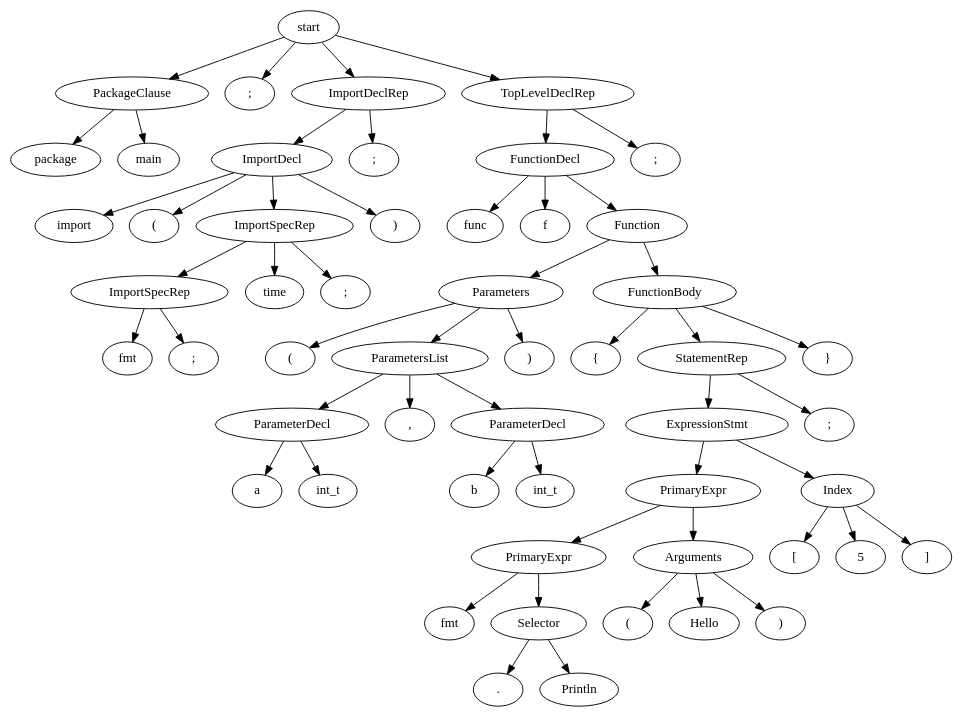
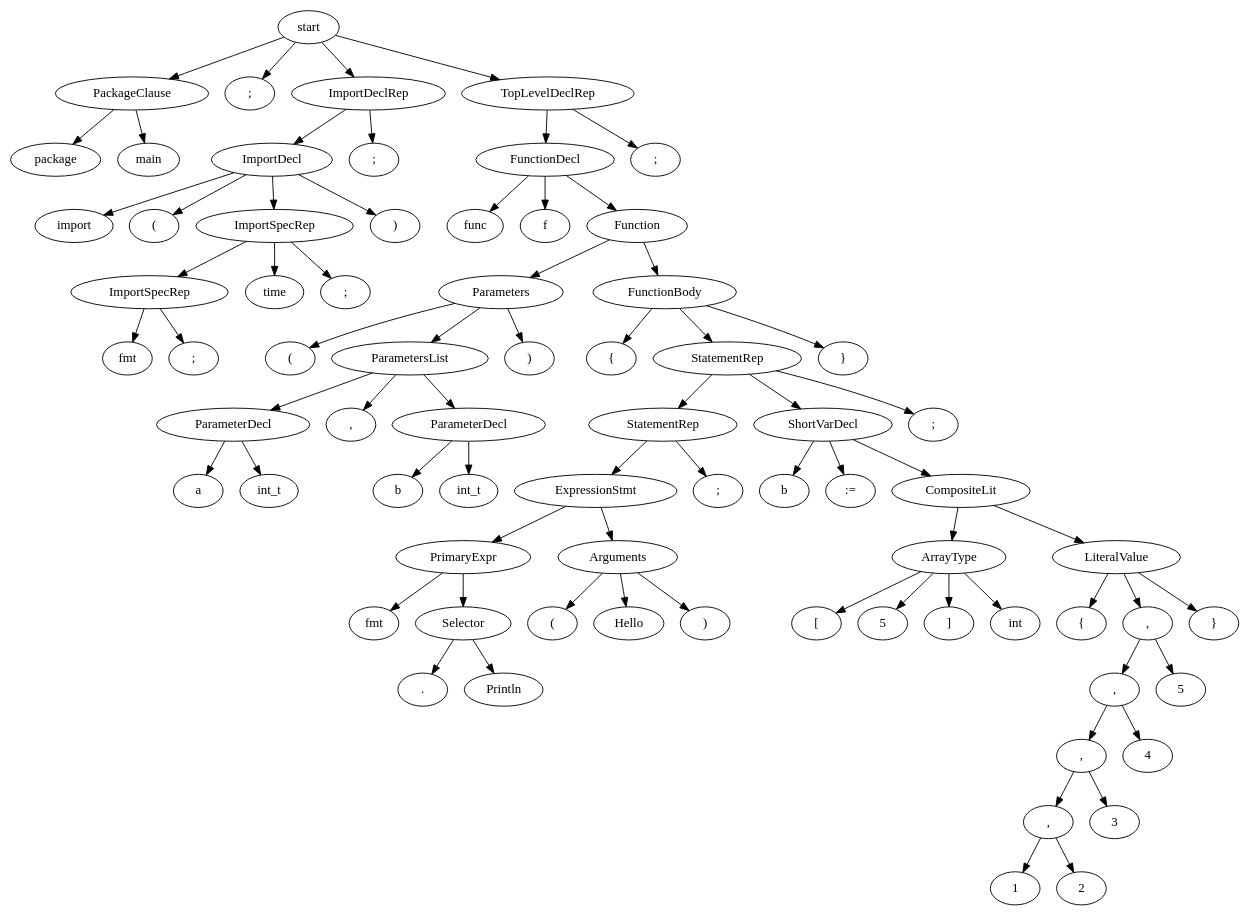
Before and after one commit to SahilDhull/ssac: the diagram in src/t2.dot, drawn with Graphviz. The commit also changed 32 other files, not shown here.

```diff
--- a/src/t2.dot
+++ b/src/t2.dot
@@ -1,109 +1,145 @@
 digraph G{
 1 [label="start"]
 2 [label=" PackageClause" ] ;
 1->2;
 3 [label="package" ] ;
 2->3;
 4 [label="main" ] ;
 2->4;
 6 [label=";" ] ;
 1->6;
 7 [label=" ImportDeclRep" ] ;
 1->7;
 8 [label=" ImportDecl" ] ;
 7->8;
 9 [label="import" ] ;
 8->9;
 10 [label="(" ] ;
 8->10;
 11 [label=" ImportSpecRep" ] ;
 8->11;
 12 [label=" ImportSpecRep" ] ;
 11->12;
 13 [label="fmt" ] ;
 12->13;
 14 [label=";" ] ;
 12->14;
 16 [label="time" ] ;
 11->16;
 17 [label=";" ] ;
 11->17;
 19 [label=")" ] ;
 8->19;
 21 [label=";" ] ;
 7->21;
 23 [label=" TopLevelDeclRep" ] ;
 1->23;
 24 [label=" FunctionDecl" ] ;
 23->24;
 25 [label="func" ] ;
 24->25;
 26 [label="f" ] ;
 24->26;
 27 [label=" Function" ] ;
 24->27;
 28 [label=" Parameters" ] ;
 27->28;
 29 [label="(" ] ;
 28->29;
 30 [label=" ParametersList" ] ;
 28->30;
 31 [label=" ParameterDecl" ] ;
 30->31;
 32 [label="a" ] ;
 31->32;
 33 [label="int_t" ] ;
 31->33;
 35 [label="," ] ;
 30->35;
 36 [label=" ParameterDecl" ] ;
 30->36;
 37 [label="b" ] ;
 36->37;
 38 [label="int_t" ] ;
 36->38;
 41 [label=")" ] ;
 28->41;
 43 [label=" FunctionBody" ] ;
 27->43;
 44 [label="{" ] ;
 43->44;
 45 [label=" StatementRep" ] ;
 43->45;
-46 [label=" ExpressionStmt" ] ;
+46 [label=" StatementRep" ] ;
 45->46;
-47 [label=" PrimaryExpr" ] ;
+47 [label=" ExpressionStmt" ] ;
 46->47;
 48 [label=" PrimaryExpr" ] ;
 47->48;
 49 [label="fmt" ] ;
 48->49;
 50 [label=" Selector" ] ;
 48->50;
 51 [label="." ] ;
 50->51;
 52 [label="Println" ] ;
 50->52;
 55 [label=" Arguments" ] ;
 47->55;
 56 [label="(" ] ;
 55->56;
 57 [label=" Hello" ] ;
 55->57;
 59 [label=")" ] ;
 55->59;
-62 [label=" Index" ] ;
+62 [label=";" ] ;
 46->62;
-63 [label="[" ] ;
-62->63;
-64 [label=" 5" ] ;
-62->64;
-66 [label="]" ] ;
-62->66;
-69 [label=";" ] ;
-45->69;
-71 [label="}" ] ;
-43->71;
-75 [label=";" ] ;
-23->75;
+64 [label=" ShortVarDecl" ] ;
+45->64;
+65 [label="b" ] ;
+64->65;
+66 [label=":=" ] ;
+64->66;
+67 [label=" CompositeLit" ] ;
+64->67;
+68 [label=" ArrayType" ] ;
+67->68;
+69 [label="[" ] ;
+68->69;
+70 [label=" 5" ] ;
+68->70;
+72 [label="]" ] ;
+68->72;
+73 [label="int" ] ;
+68->73;
+75 [label=" LiteralValue" ] ;
+67->75;
+76 [label="{" ] ;
+75->76;
+77 [label=" ," ] ;
+75->77;
+78 [label=" ," ] ;
+77->78;
+79 [label=" ," ] ;
+78->79;
+80 [label=" ," ] ;
+79->80;
+81 [label=" 1" ] ;
+80->81;
+83 [label=" 2" ] ;
+80->83;
+86 [label=" 3" ] ;
+79->86;
+89 [label=" 4" ] ;
+78->89;
+92 [label=" 5" ] ;
+77->92;
+95 [label="}" ] ;
+75->95;
+99 [label=";" ] ;
+45->99;
+101 [label="}" ] ;
+43->101;
+105 [label=";" ] ;
+23->105;
 }
```
